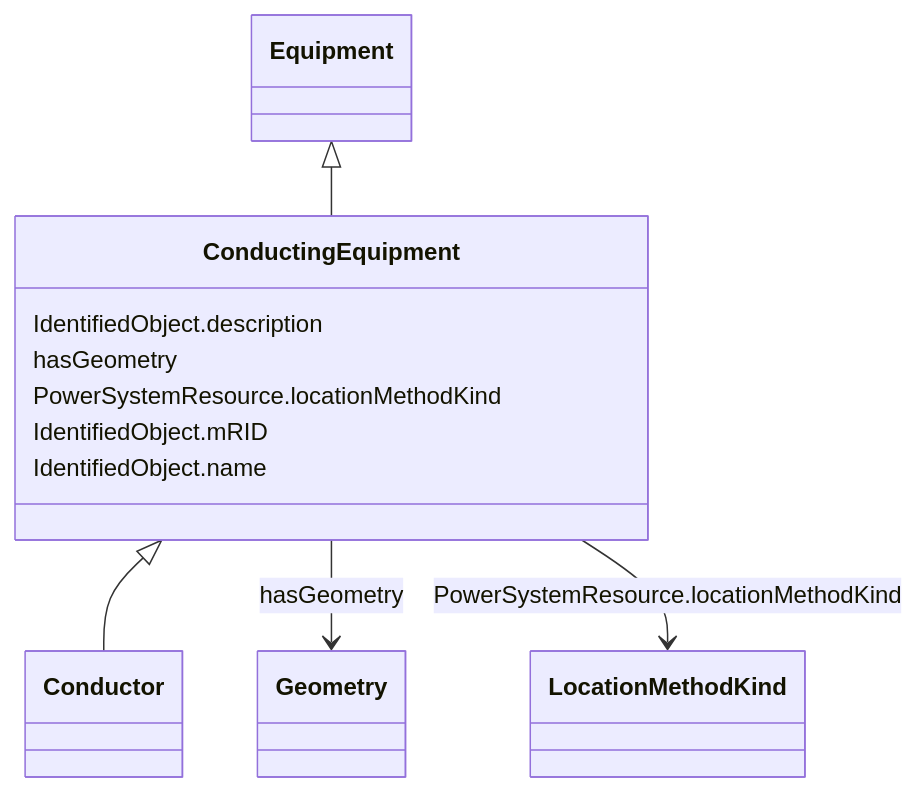
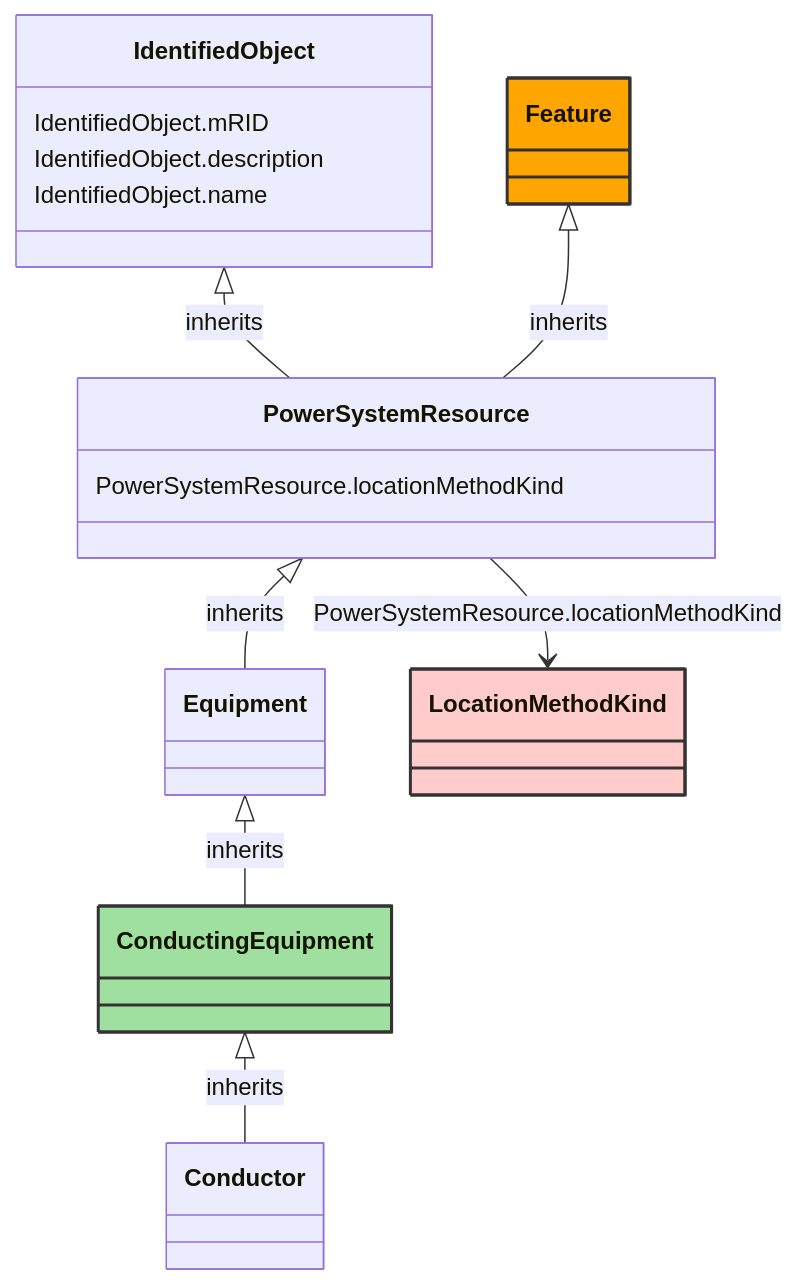
One commit to 3lbits/NoCIMExtensions changed the diagram in docs/AviationObstacle/ConductingEquipment.md. Above: the diagram before and after it, drawn with Mermaid. The commit also changed other lines of this file and 177 other files, not shown here.

````diff
--- a/docs/AviationObstacle/ConductingEquipment.md
+++ b/docs/AviationObstacle/ConductingEquipment.md
@@ -18,30 +10,42 @@
 ```mermaid
- classDiagram
+classDiagram
     class ConductingEquipment
-    click ConductingEquipment href "../ConductingEquipment"
-      Equipment <|-- ConductingEquipment
-        click Equipment href "../Equipment"
-      
+    click ConductingEquipment href "/AviationObstacle/ConductingEquipment/"
+    style ConductingEquipment fill:#9fdf9f,stroke:#333,stroke-width:2px,rx:10,ry:10
 
-      ConductingEquipment <|-- Conductor
-        click Conductor href "../Conductor"
-      
-      
-      ConductingEquipment : IdentifiedObject.description
-        
-      ConductingEquipment : hasGeometry
-        
-          ConductingEquipment --> Geometry : hasGeometry
-          click Geometry href "../Geometry"
-        
-      ConductingEquipment : PowerSystemResource.locationMethodKind
-        
-          ConductingEquipment --> LocationMethodKind : PowerSystemResource.locationMethodKind
-          click LocationMethodKind href "../LocationMethodKind"
-        
-      ConductingEquipment : IdentifiedObject.mRID
-        
-      ConductingEquipment : IdentifiedObject.name
-        
-      
+        ConductingEquipment <|-- Conductor : inherits
+            click ConductingEquipment href "/AviationObstacle/ConductingEquipment/"
+            style ConductingEquipment rx:10,ry:10
+
+        Conductor
+            click Conductor href "/AviationObstacle/Conductor/"
+            style Conductor rx:10,ry:10
+
+        Equipment <|-- ConductingEquipment : inherits
+            click Equipment href "/AviationObstacle/Equipment/"
+            style Equipment rx:10,ry:10
+
+        PowerSystemResource <|-- Equipment : inherits
+            click PowerSystemResource href "/AviationObstacle/PowerSystemResource/"
+            style PowerSystemResource rx:10,ry:10
+
+        IdentifiedObject <|-- PowerSystemResource : inherits
+            click IdentifiedObject href "/AviationObstacle/IdentifiedObject/"
+            style IdentifiedObject rx:10,ry:10
+
+        Feature <|-- PowerSystemResource : inherits
+            click Feature href "/AviationObstacle/Feature/"
+            style Feature fill:#FFA500,stroke:#333,stroke-width:2px,rx:10,ry:10
+
+
+        PowerSystemResource --> LocationMethodKind : PowerSystemResource.locationMethodKind
+
+        LocationMethodKind
+            click LocationMethodKind href "/AviationObstacle/LocationMethodKind/"
+            style LocationMethodKind fill:#FFCCCB,stroke:#333,stroke-width:2px,rx:10,ry:10
+
+        PowerSystemResource : PowerSystemResource.locationMethodKind
+        IdentifiedObject : IdentifiedObject.mRID
+        IdentifiedObject : IdentifiedObject.description
+        IdentifiedObject : IdentifiedObject.name
 ```
````
